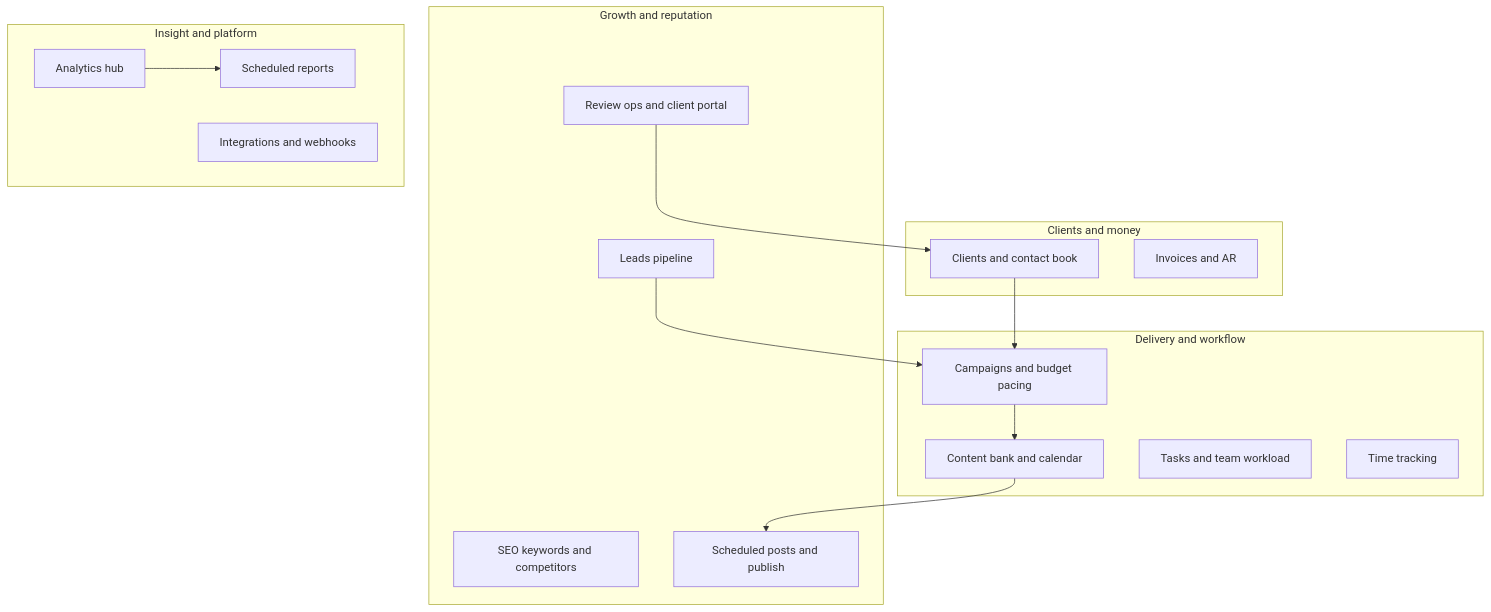
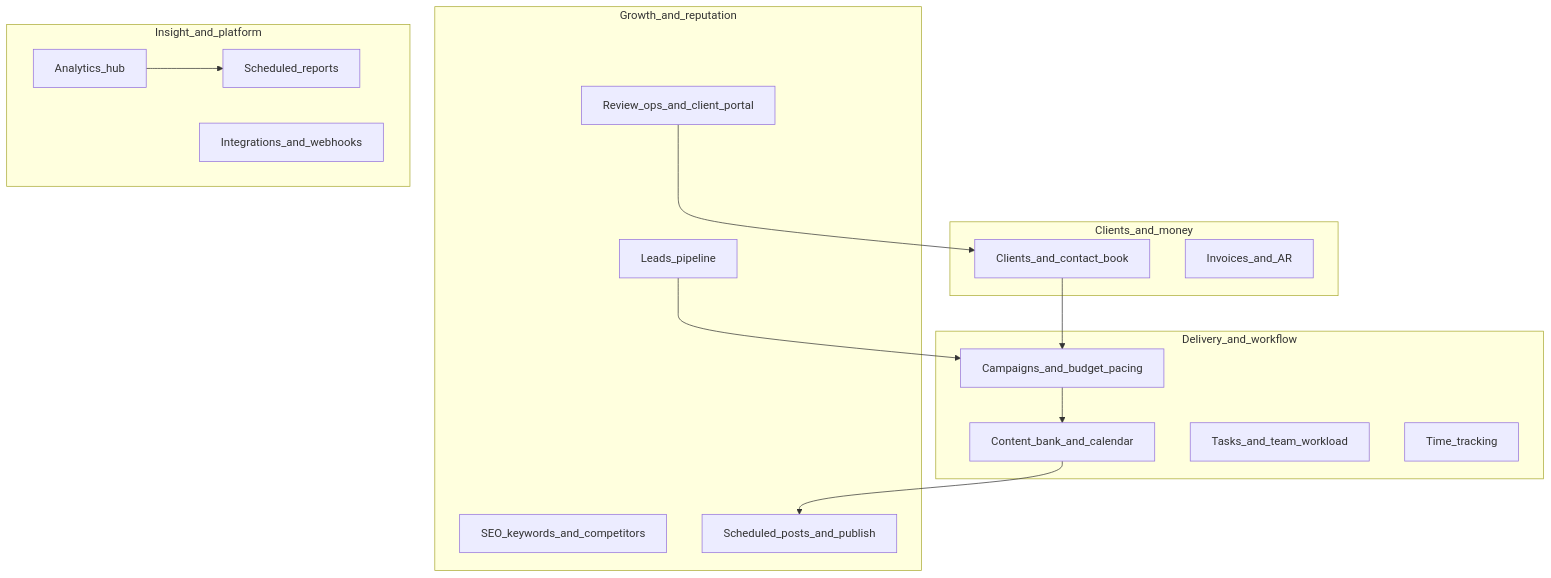
The second of 2 diagrams in apps/dm/README.md (saikumarvca/skynexiaDM), drawn with Mermaid before and after one commit. The commit also changed other lines of this file and 1 other file, not shown here.

````diff
--- a/apps/dm/README.md
+++ b/apps/dm/README.md
@@ -454,30 +1339,30 @@
 ```mermaid
 flowchart TB
-  subgraph clients [Clients and money]
-    CRM[Clients and contact book]
-    AR[Invoices and AR]
+  subgraph clients [Clients_and_money]
+    CRM[Clients_and_contact_book]
+    AR[Invoices_and_AR]
   end
-  subgraph delivery [Delivery and workflow]
-    Camp[Campaigns and budget pacing]
-    Content[Content bank and calendar]
-    Tasks[Tasks and team workload]
-    Time[Time tracking]
+  subgraph delivery [Delivery_and_workflow]
+    Camp[Campaigns_and_budget_pacing]
+    Content[Content_bank_and_calendar]
+    Tasks[Tasks_and_team_workload]
+    Time[Time_tracking]
   end
-  subgraph growth [Growth and reputation]
-    Leads[Leads pipeline]
-    SEO[SEO keywords and competitors]
-    Reviews[Review ops and client portal]
-    Social[Scheduled posts and publish]
+  subgraph growth [Growth_and_reputation]
+    Leads[Leads_pipeline]
+    SEO[SEO_keywords_and_competitors]
+    Reviews[Review_ops_and_client_portal]
+    Social[Scheduled_posts_and_publish]
   end
-  subgraph insight [Insight and platform]
-    Analytics[Analytics hub]
-    Reports[Scheduled reports]
-    Integ[Integrations and webhooks]
+  subgraph insight [Insight_and_platform]
+    Analytics[Analytics_hub]
+    Reports[Scheduled_reports]
+    Integ[Integrations_and_webhooks]
   end
   CRM --> Camp
   Camp --> Content
   Content --> Social
   Leads --> Camp
   Reviews --> CRM
   Analytics --> Reports
 ```
````
